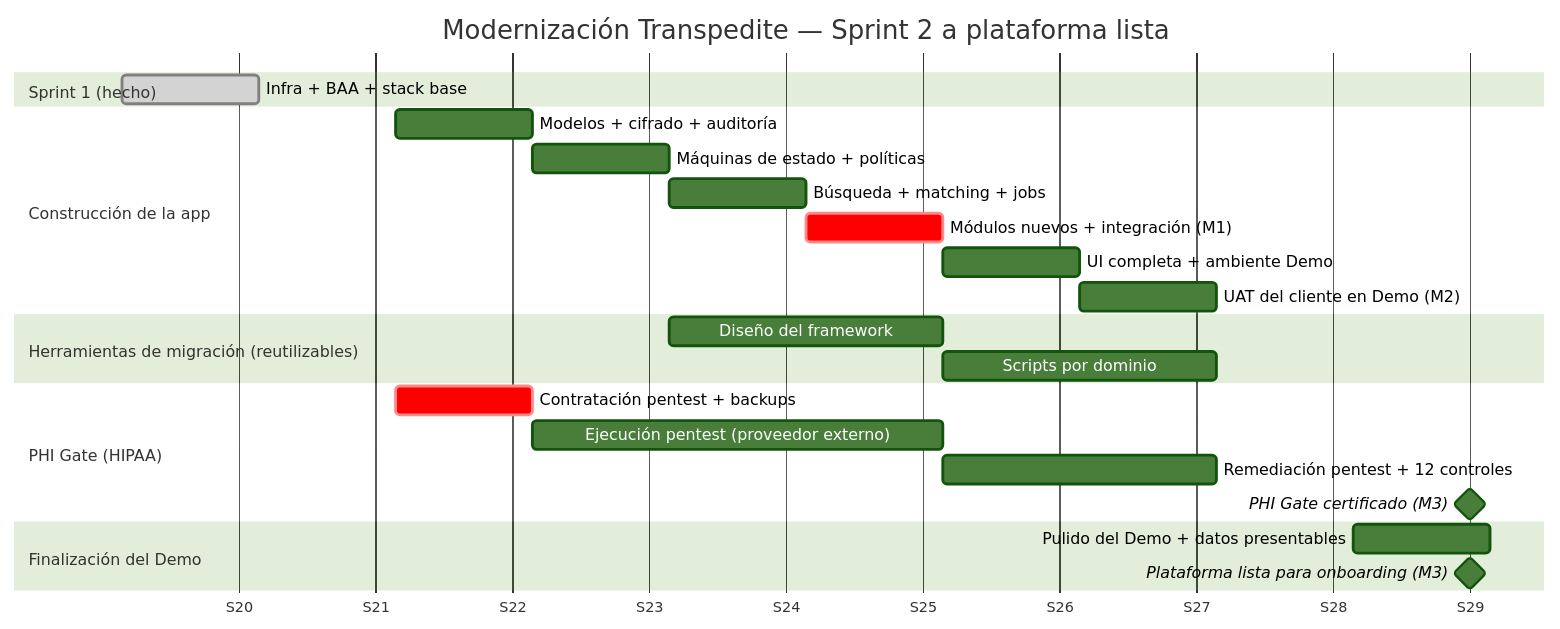
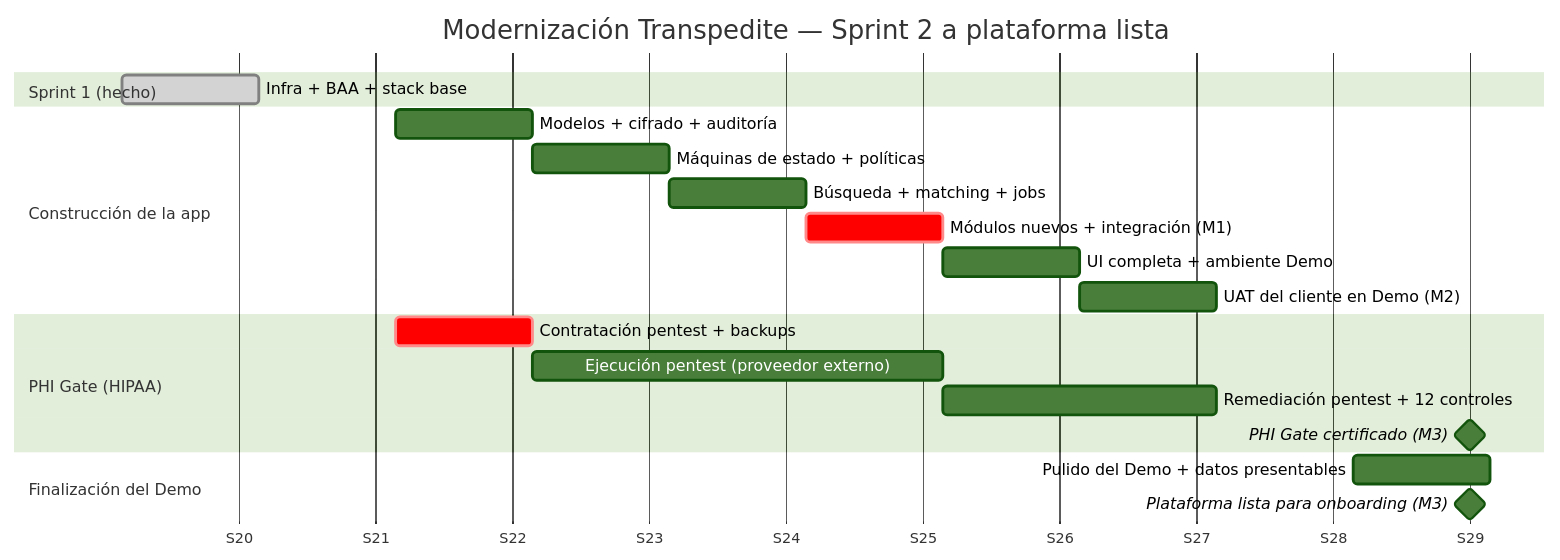
One commit to Tucan-Talent/transpedite-architecture changed the diagram in plan-de-trabajo.md. Above: the diagram before and after it, drawn with Mermaid (forest theme). The commit also changed other lines of this file and 1 other file, not shown here.

````diff
--- a/plan-de-trabajo.md
+++ b/plan-de-trabajo.md
@@ -106,31 +69,27 @@
 ```mermaid
 gantt
     title Modernización Transpedite — Sprint 2 a plataforma lista
     dateFormat YYYY-MM-DD
     axisFormat S%V
 
     section Sprint 1 (hecho)
     Infra + BAA + stack base                 :done, s1, 2026-05-11, 1w
 
     section Construcción de la app
     Modelos + cifrado + auditoría            :a1, 2026-05-25, 1w
     Máquinas de estado + políticas           :a2, after a1, 1w
     Búsqueda + matching + jobs               :a3, after a2, 1w
     Módulos nuevos + integración (M1)        :crit, a4, after a3, 1w
     UI completa + ambiente Demo              :a5, after a4, 1w
     UAT del cliente en Demo (M2)             :a6, after a5, 1w
 
-    section Herramientas de migración (reutilizables)
-    Diseño del framework                     :b1, 2026-06-08, 2w
-    Scripts por dominio                      :b2, after b1, 2w
-
     section PHI Gate (HIPAA)
     Contratación pentest + backups           :crit, c1, 2026-05-25, 1w
     Ejecución pentest (proveedor externo)    :c2, after c1, 3w
     Remediación pentest + 12 controles       :c3, after c2, 2w
     PHI Gate certificado (M3)                :milestone, c4, 2026-07-19, 0d
 
     section Finalización del Demo
     Pulido del Demo + datos presentables     :d1, 2026-07-13, 1w
     Plataforma lista para onboarding (M3)    :milestone, d2, 2026-07-19, 0d
 ```
````
